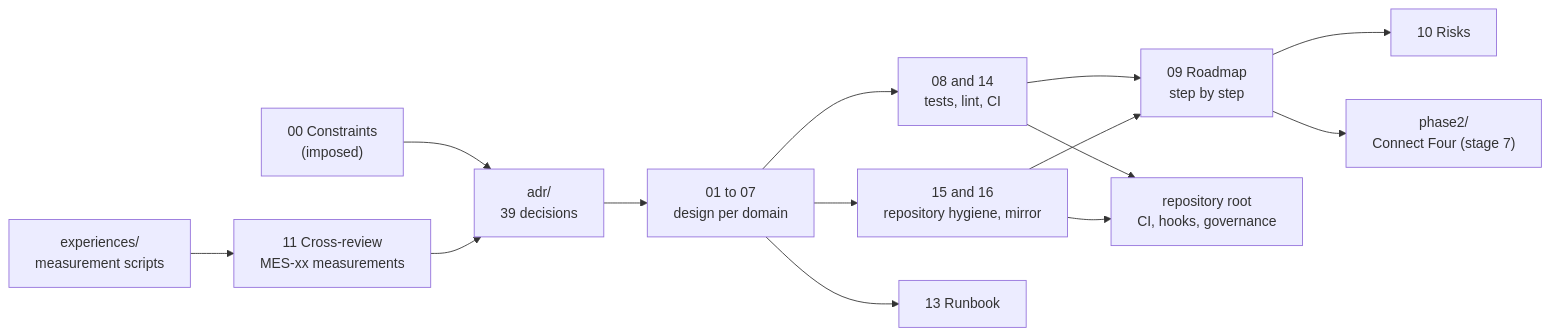
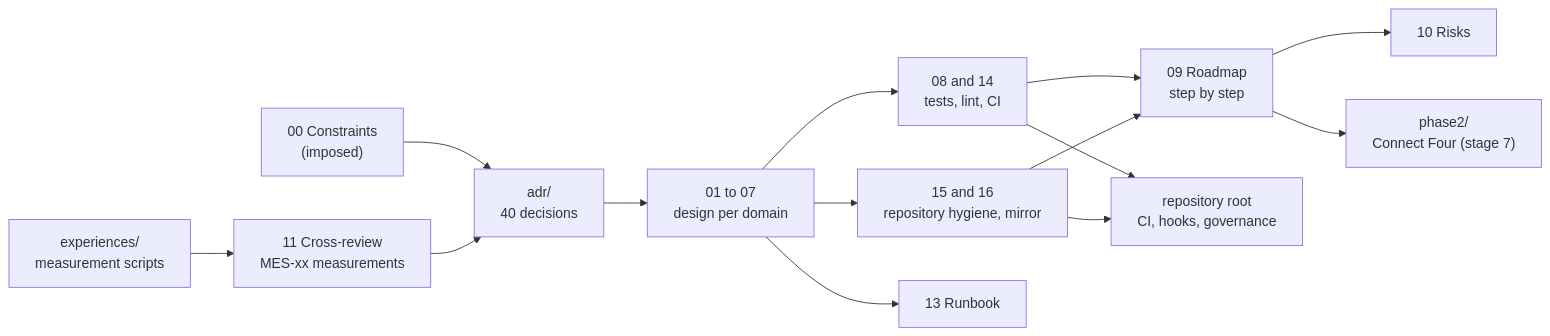
One commit to FoxaxeWasTaken/Robotics changed the diagram in docs/project/README.md. Above: the diagram before and after it, drawn with Mermaid. The commit also changed other lines of this file and 75 other files, not shown here.

````diff
--- a/docs/project/README.md
+++ b/docs/project/README.md
@@ -22,16 +22,16 @@
 ```mermaid
 flowchart LR
-  C["00 Constraints<br/>(imposed)"] --> A["adr/<br/>39 decisions"]
+  C["00 Constraints<br/>(imposed)"] --> A["adr/<br/>40 decisions"]
   X["experiences/<br/>measurement scripts"] --> MS["11 Cross-review<br/>MES-xx measurements"]
   MS --> A
   A --> D["01 to 07<br/>design per domain"]
   D --> Q["08 and 14<br/>tests, lint, CI"]
   D --> H["15 and 16<br/>repository hygiene, mirror"]
   Q --> R["09 Roadmap<br/>step by step"]
   H --> R
   R --> K["10 Risks"]
   Q --> T["repository root<br/>CI, hooks, governance"]
   H --> T
   D --> O["13 Runbook"]
   R --> P2["phase2/<br/>Connect Four (stage 7)"]
 ```
````
